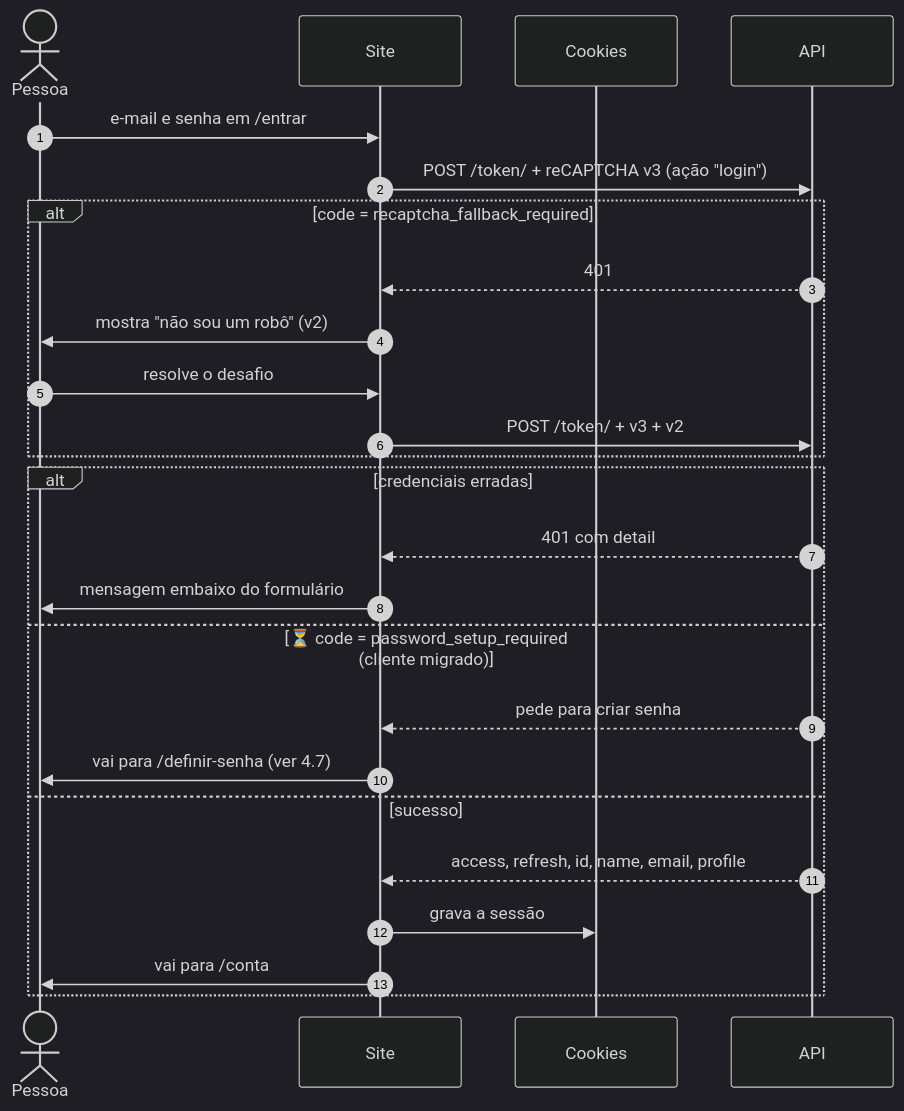
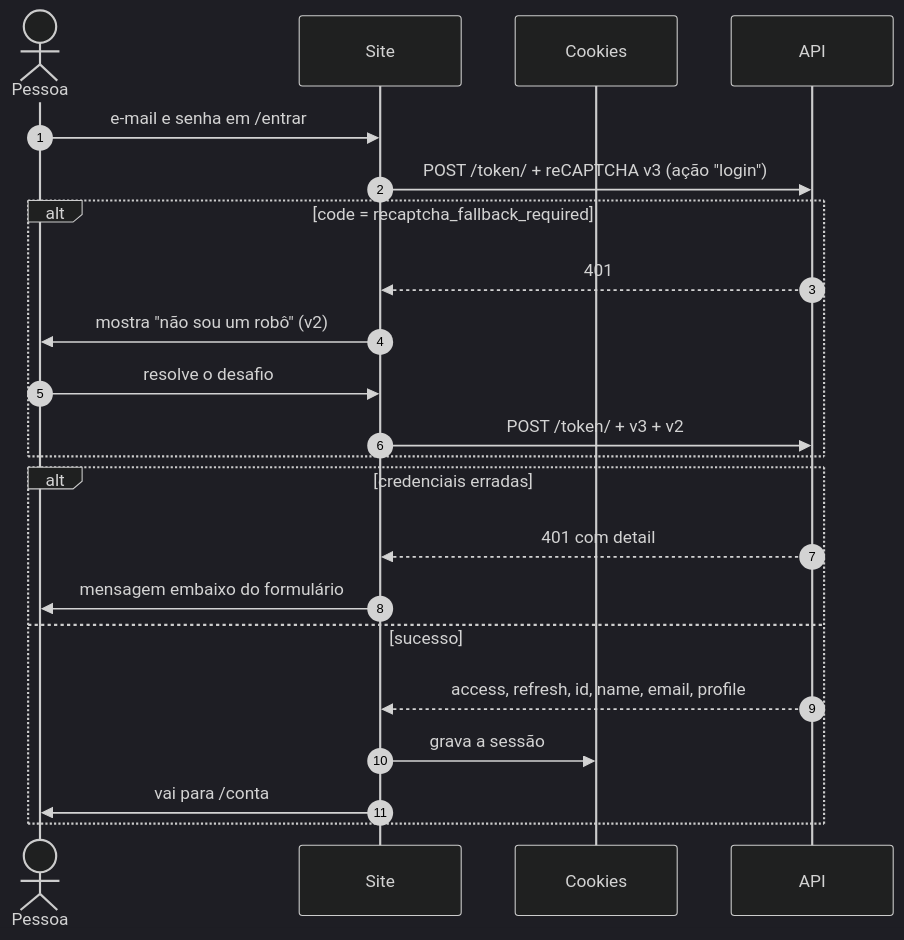
Before and after one commit to vinicius-fernandes-checkauto/checkauto-site: the third of 10 diagrams in docs/fluxo-auth.md, drawn with Mermaid (dark theme). The commit also changed other lines of this file and 14 other files, not shown here.

Commit message:
refactor(auth): remove password reset and set password forms, update API and schema references chore(docs): update API and authentication flow documentation to reflect recent changes

````diff
--- a/docs/fluxo-auth.md
+++ b/docs/fluxo-auth.md
@@ -88,28 +86,25 @@
 ```mermaid
 sequenceDiagram
     autonumber
     actor P as Pessoa
     participant Site as Site
     participant K as Cookies
     participant API as API
 
     P->>Site: e-mail e senha em /entrar
     Site->>API: POST /token/ + reCAPTCHA v3 (ação "login")
     alt code = recaptcha_fallback_required
         API-->>Site: 401
         Site->>P: mostra "não sou um robô" (v2)
         P->>Site: resolve o desafio
         Site->>API: POST /token/ + v3 + v2
     end
     alt credenciais erradas
         API-->>Site: 401 com detail
         Site->>P: mensagem embaixo do formulário
-    else ⏳ code = password_setup_required (cliente migrado)
-        API-->>Site: pede para criar senha
-        Site->>P: vai para /definir-senha (ver 4.7)
     else sucesso
         API-->>Site: access, refresh, id, name, email, profile
         Site->>K: grava a sessão
         Site->>P: vai para /conta
     end
 ```
````
